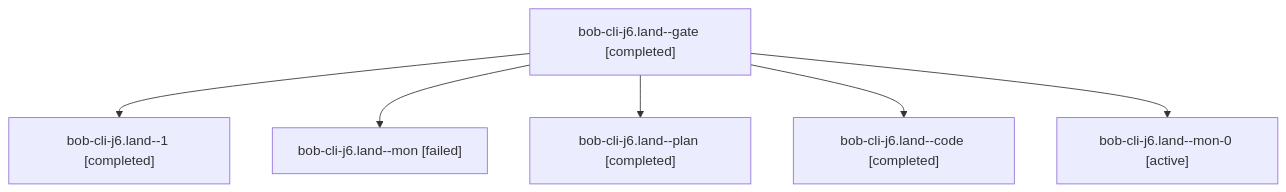
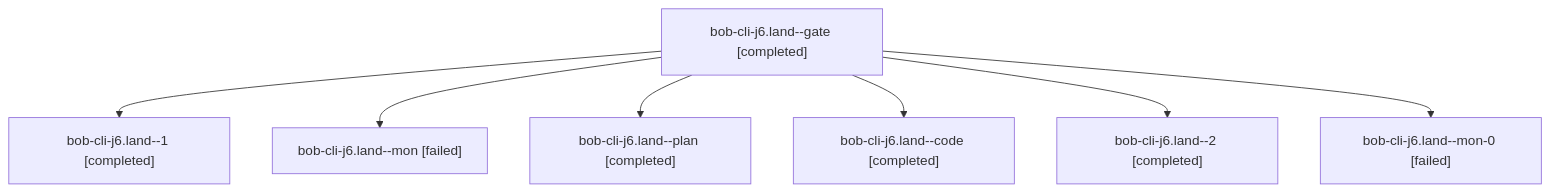
The diagram in sessions/bbugyi200.athena.bob-cli-j6.land.md (bobs-org/bob-cli--agents), drawn with Mermaid before and after one commit. The commit also changed other lines of this file and 24 other files, not shown here.

````diff
--- a/sessions/bbugyi200.athena.bob-cli-j6.land.md
+++ b/sessions/bbugyi200.athena.bob-cli-j6.land.md
@@ -9,14 +9,16 @@
 ```mermaid
 flowchart TD
   n0["bob-cli-j6.land--gate [completed]"]
   n1["bob-cli-j6.land--1 [completed]"]
   n0 --> n1
   n2["bob-cli-j6.land--mon [failed]"]
   n0 --> n2
   n3["bob-cli-j6.land--plan [completed]"]
   n0 --> n3
   n4["bob-cli-j6.land--code [completed]"]
   n0 --> n4
-  n5["bob-cli-j6.land--mon-0 [active]"]
+  n5["bob-cli-j6.land--2 [completed]"]
   n0 --> n5
+  n6["bob-cli-j6.land--mon-0 [failed]"]
+  n0 --> n6
 ```
````
